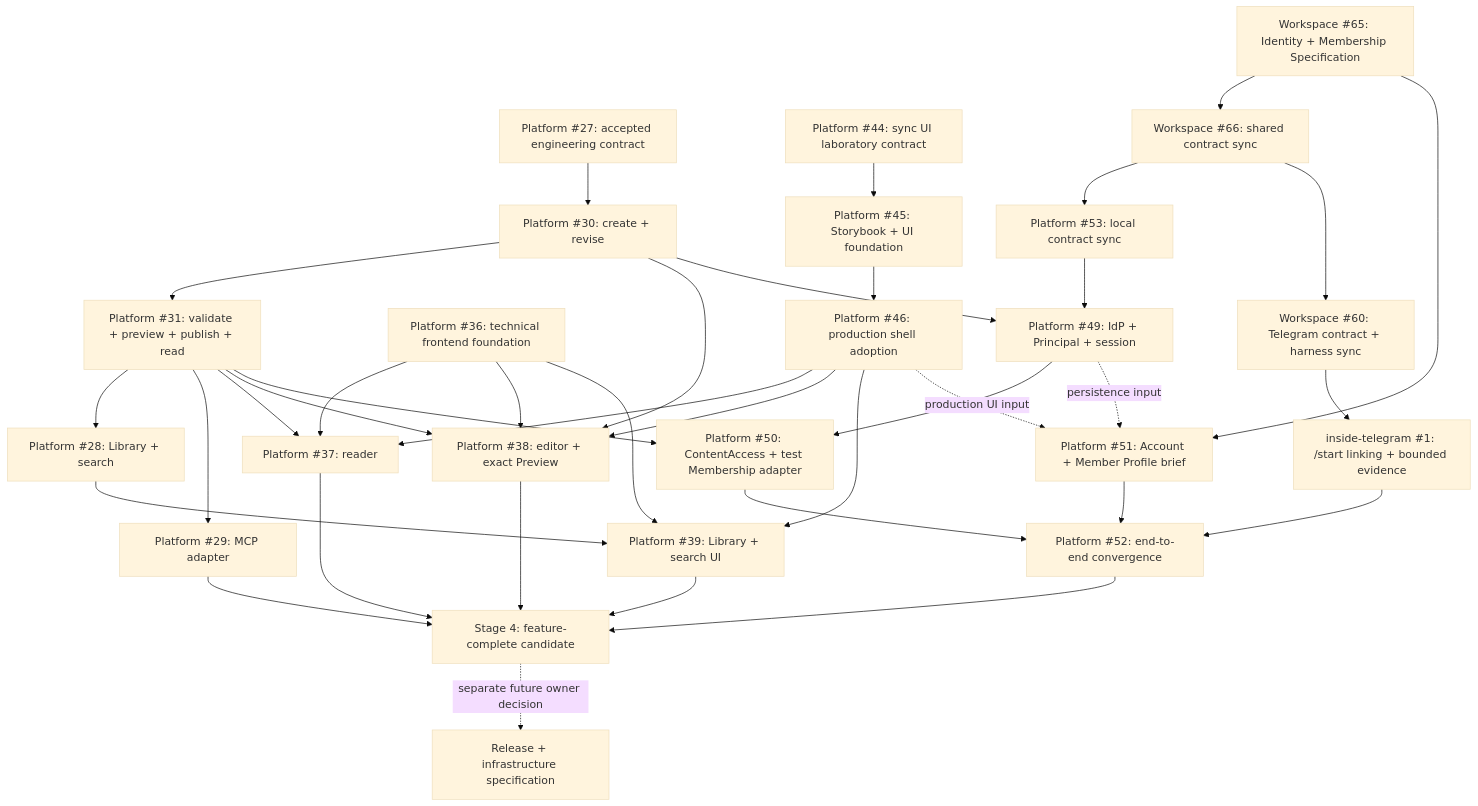
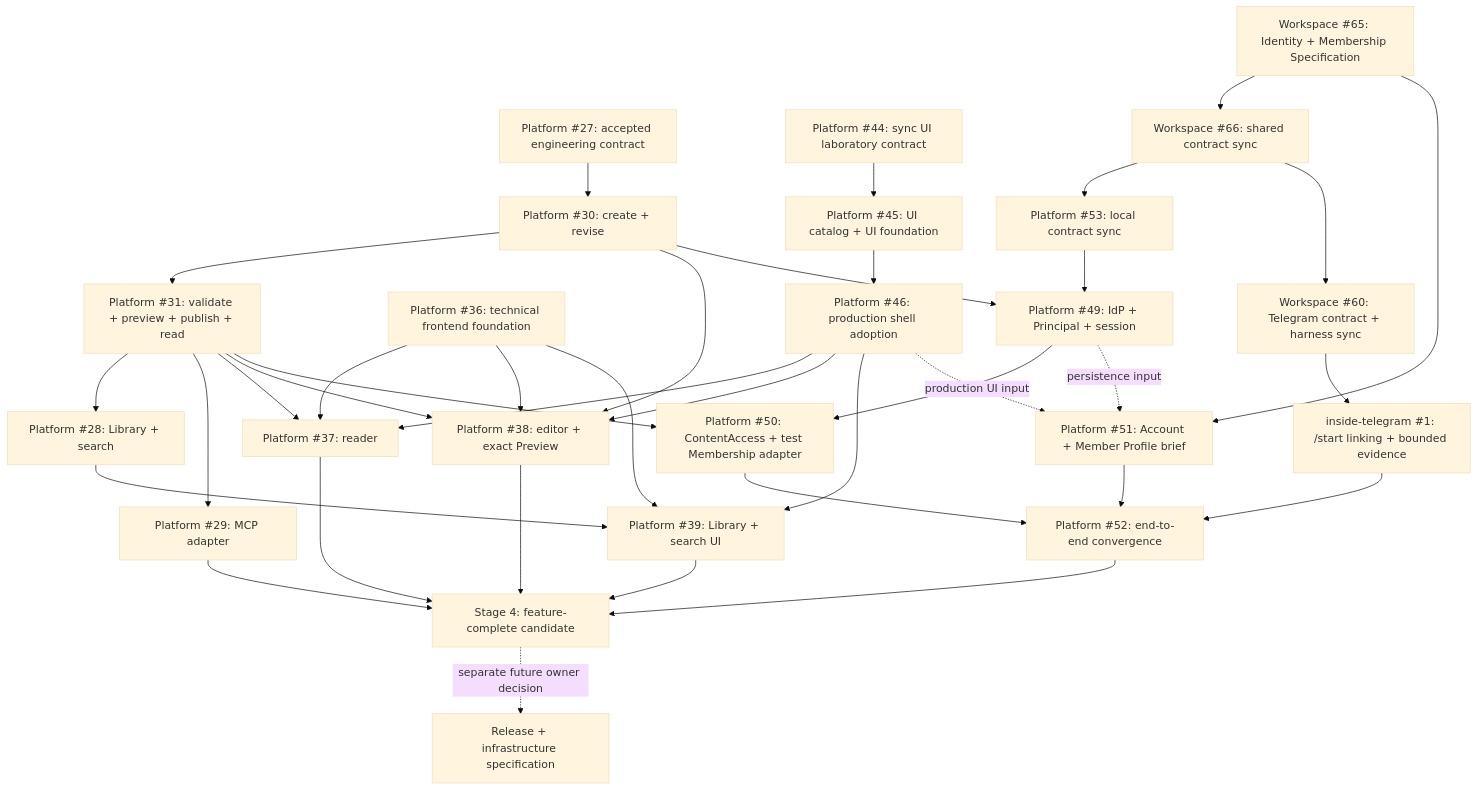
The second of 2 diagrams in docs/history/workspace/specifications/platform-v1.md (sachkov-inside/platform), drawn with Mermaid (base theme) before and after one commit. The commit also changed other lines of this file and 595 other files, not shown here.

````diff
--- a/docs/history/workspace/specifications/platform-v1.md
+++ b/docs/history/workspace/specifications/platform-v1.md
@@ -585,46 +585,46 @@
 ```mermaid
 flowchart TD
     E[Platform #27: accepted engineering contract] --> DRAFT[Platform #30: create + revise]
     DRAFT --> LIFE[Platform #31: validate + preview + publish + read]
     LIFE --> LIB[Platform #28: Library + search]
     LIFE --> MCP[Platform #29: MCP adapter]
 
     F[Platform #36: technical frontend foundation] --> READER[Platform #37: reader]
     F --> EDITOR[Platform #38: editor + exact Preview]
     F --> DISCOVERY[Platform #39: Library + search UI]
 
-    SYNC[Platform #44: sync UI laboratory contract] --> LAB[Platform #45: Storybook + UI foundation]
+    SYNC[Platform #44: sync UI laboratory contract] --> LAB[Platform #45: UI catalog + UI foundation]
     LAB --> SHELL[Platform #46: production shell adoption]
     SHELL --> READER
     SHELL --> EDITOR
     SHELL --> DISCOVERY
 
     LIFE --> READER
     DRAFT --> EDITOR
     LIFE --> EDITOR
     LIB --> DISCOVERY
 
     S65[Workspace #65: Identity + Membership Specification] --> C66[Workspace #66: shared contract sync]
     C66 --> P53[Platform #53: local contract sync]
     C66 --> B60[Workspace #60: Telegram contract + harness sync]
     DRAFT --> ID49[Platform #49: IdP + Principal + session]
     P53 --> ID49
     ID49 --> ACCESS50[Platform #50: ContentAccess + test Membership adapter]
     LIFE --> ACCESS50
 
     S65 --> PROFILE51[Platform #51: Account + Member Profile brief]
     ID49 -. persistence input .-> PROFILE51
     SHELL -. production UI input .-> PROFILE51
 
     B60 --> TG[inside-telegram #1: /start linking + bounded evidence]
     ACCESS50 --> JOIN52[Platform #52: end-to-end convergence]
     PROFILE51 --> JOIN52
     TG --> JOIN52
 
     READER --> S4[Stage 4: feature-complete candidate]
     EDITOR --> S4
     DISCOVERY --> S4
     MCP --> S4
     JOIN52 --> S4
     S4 -. separate future owner decision .-> R[Release + infrastructure specification]
 ```
````
